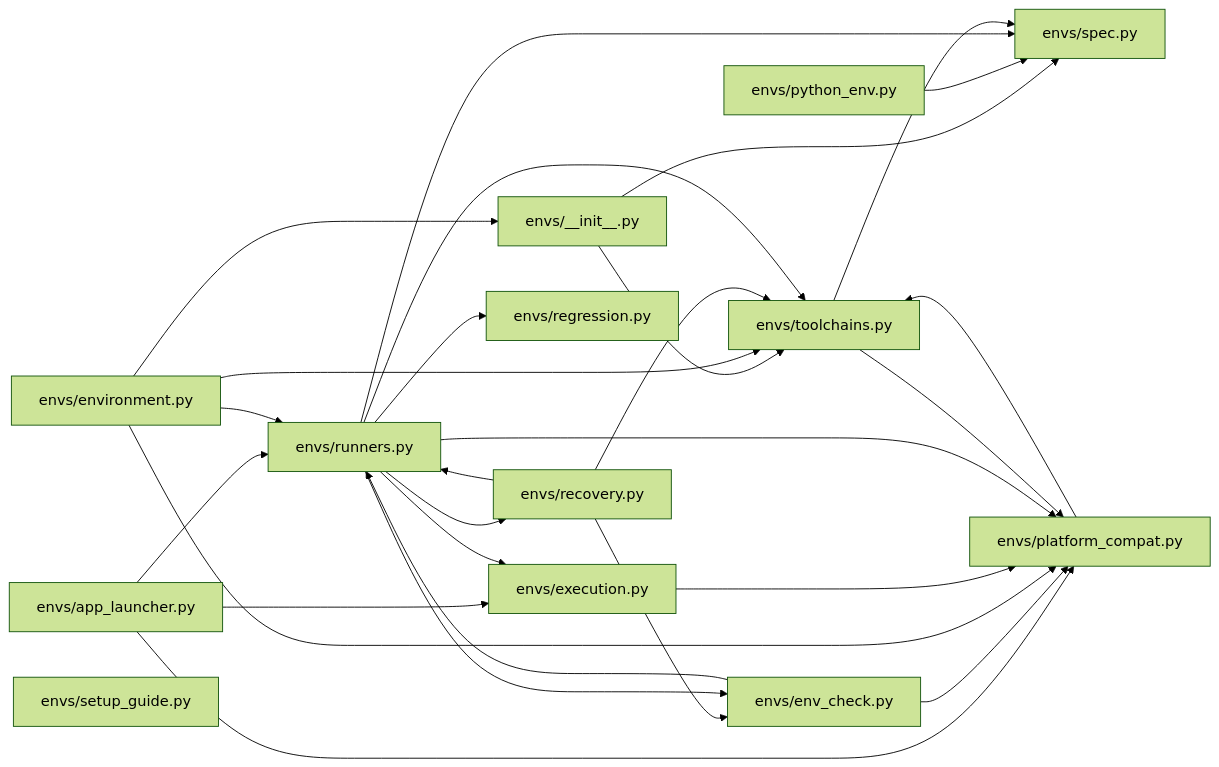
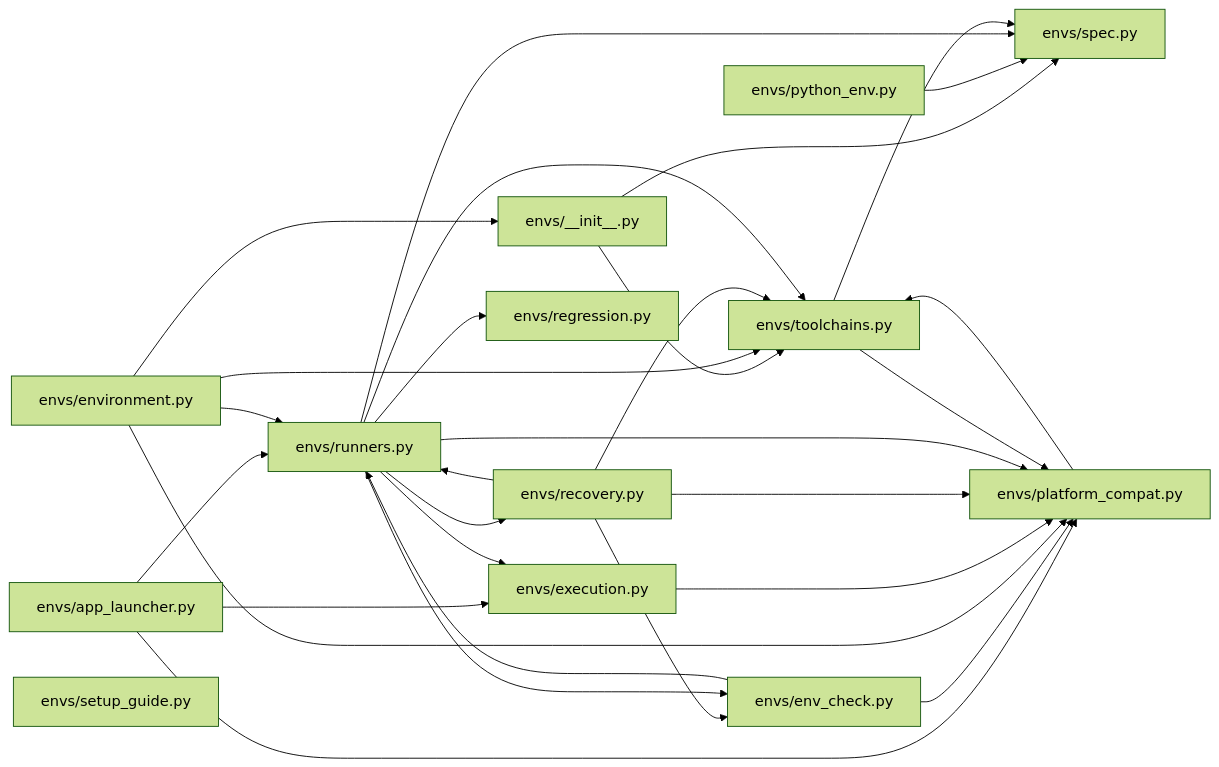
Before and after one commit to sarveshtalele/maf-harness-testing: the fifth of 21 diagrams in docs/ARCHITECTURE_MAP.md, drawn with Mermaid (forest theme). The commit also changed other lines of this file, not shown here.

First line of the commit message:
docs: regenerate architecture map for the current import graph

````diff
--- a/docs/ARCHITECTURE_MAP.md
+++ b/docs/ARCHITECTURE_MAP.md
@@ -206,42 +206,43 @@
 ```mermaid
 flowchart LR
   f0["envs/__init__.py"]
   f1["envs/app_launcher.py"]
   f2["envs/env_check.py"]
   f3["envs/environment.py"]
   f4["envs/execution.py"]
   f5["envs/platform_compat.py"]
   f6["envs/python_env.py"]
   f7["envs/recovery.py"]
   f8["envs/regression.py"]
   f9["envs/runners.py"]
   f10["envs/setup_guide.py"]
   f11["envs/spec.py"]
   f12["envs/toolchains.py"]
   f0 --> f11
   f0 --> f12
   f1 --> f4
   f1 --> f5
   f1 --> f9
   f2 --> f5
   f2 --> f9
   f3 --> f0
   f3 --> f5
   f3 --> f9
   f3 --> f12
   f4 --> f5
   f5 --> f12
   f6 --> f11
   f7 --> f2
+  f7 --> f5
   f7 --> f9
   f7 --> f12
   f9 --> f2
   f9 --> f4
   f9 --> f5
   f9 --> f7
   f9 --> f8
   f9 --> f11
   f9 --> f12
   f12 --> f5
   f12 --> f11
 ```
````
